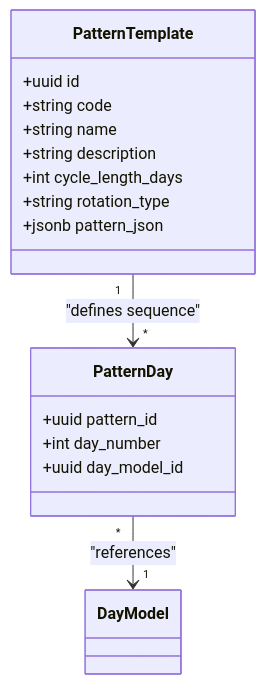
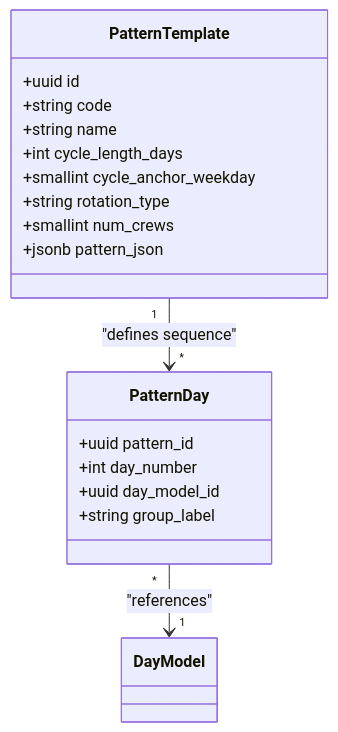
The fourth of 6 diagrams in docs/02-dbml/TA/01-scheduling-model.md (a4b-corporation/xTalent), drawn with Mermaid before and after one commit. The commit also changed other lines of this file and 3 other files, not shown here.

````diff
--- a/docs/02-dbml/TA/01-scheduling-model.md
+++ b/docs/02-dbml/TA/01-scheduling-model.md
@@ -532,21 +532,23 @@
 ```mermaid
 classDiagram
     class PatternTemplate {
         +uuid id
         +string code
         +string name
-        +string description
         +int cycle_length_days
+        +smallint cycle_anchor_weekday
         +string rotation_type
+        +smallint num_crews
         +jsonb pattern_json
     }
     
     class PatternDay {
         +uuid pattern_id
         +int day_number
         +uuid day_model_id
+        +string group_label
     }
     
     PatternTemplate "1" --> "*" PatternDay : "defines sequence"
     PatternDay "*" --> "1" DayModel : "references"
 ```
````
